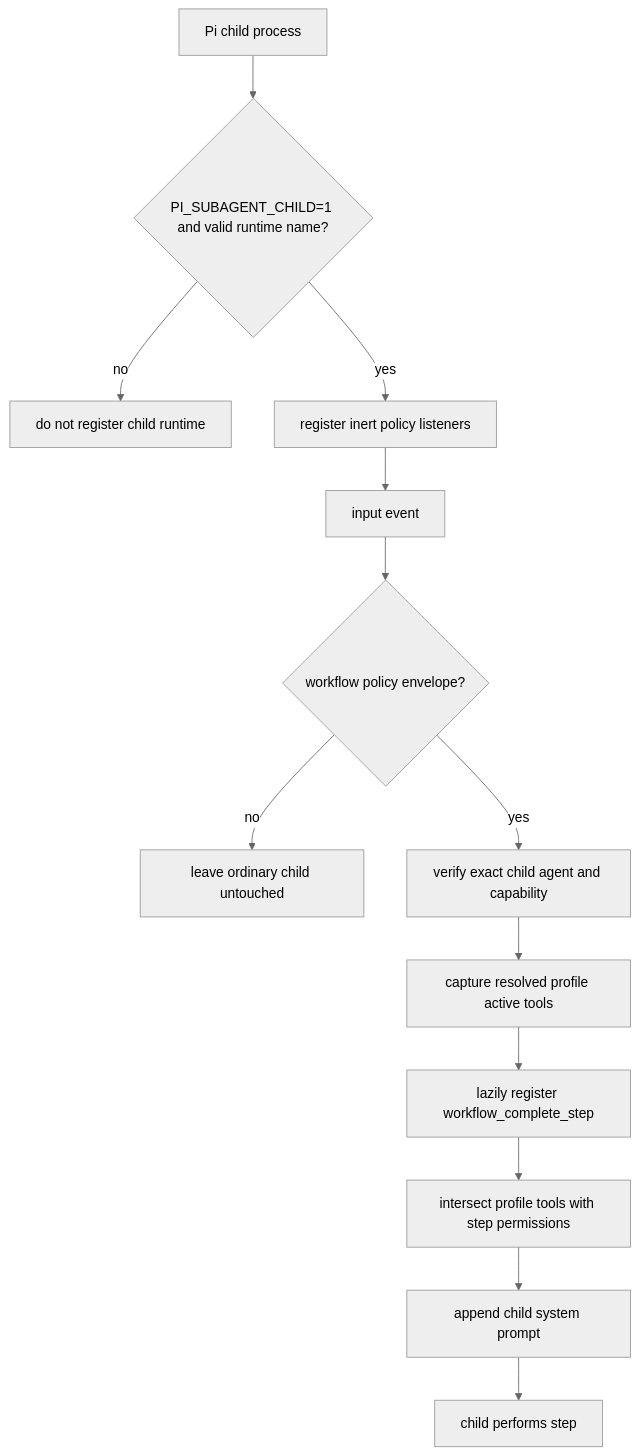
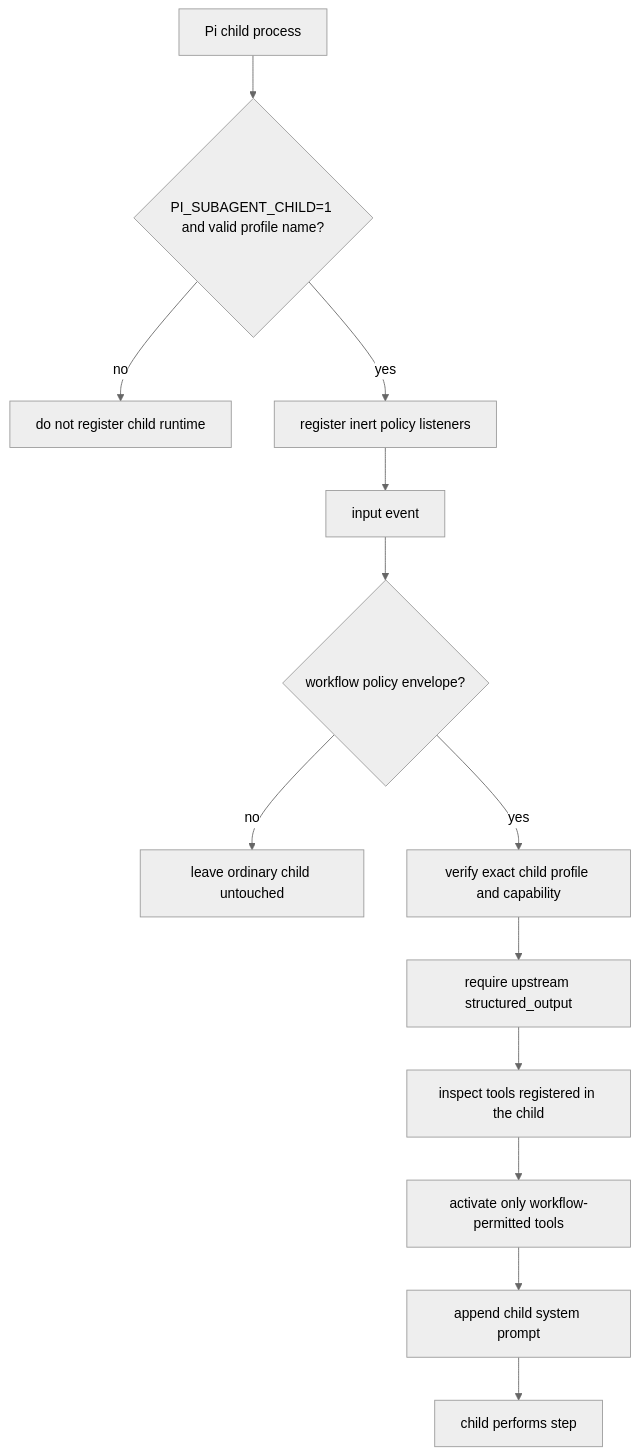
Before and after one commit to wichayutdew/pi-workflows: the third of 6 diagrams in openwiki/integrations/subagents.md, drawn with Mermaid (neutral theme). The commit also changed other lines of this file and 57 other files, not shown here.

````diff
--- a/openwiki/integrations/subagents.md
+++ b/openwiki/integrations/subagents.md
@@ -49,15 +56,15 @@
 ```mermaid
 flowchart TD
-  PiChild[Pi child process] --> Env{PI_SUBAGENT_CHILD=1 and valid runtime name?}
+  PiChild[Pi child process] --> Env{PI_SUBAGENT_CHILD=1 and valid profile name?}
   Env -- no --> Stop[do not register child runtime]
   Env -- yes --> Runtime[register inert policy listeners]
   Runtime --> Input[input event]
   Input --> Envelope{workflow policy envelope?}
   Envelope -- no --> Ordinary[leave ordinary child untouched]
-  Envelope -- yes --> Verify[verify exact child agent and capability]
-  Verify --> Baseline[capture resolved profile active tools]
-  Baseline --> Complete[lazily register workflow_complete_step]
-  Complete --> Narrow[intersect profile tools with step permissions]
+  Envelope -- yes --> Verify[verify exact child profile and capability]
+  Verify --> Complete[require upstream structured_output]
+  Complete --> Registered[inspect tools registered in the child]
+  Registered --> Narrow[activate only workflow-permitted tools]
   Narrow --> Prompt[append child system prompt]
   Prompt --> Work[child performs step]
 ```
````
